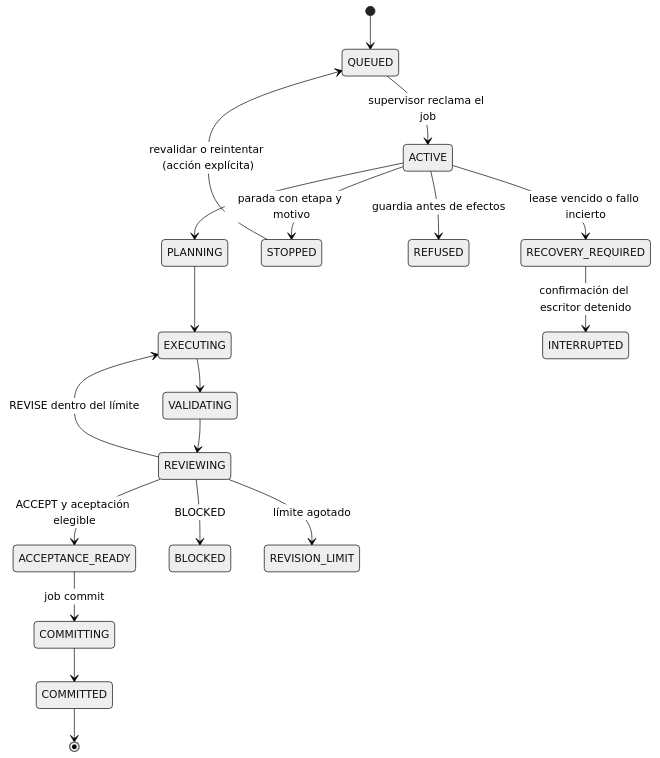
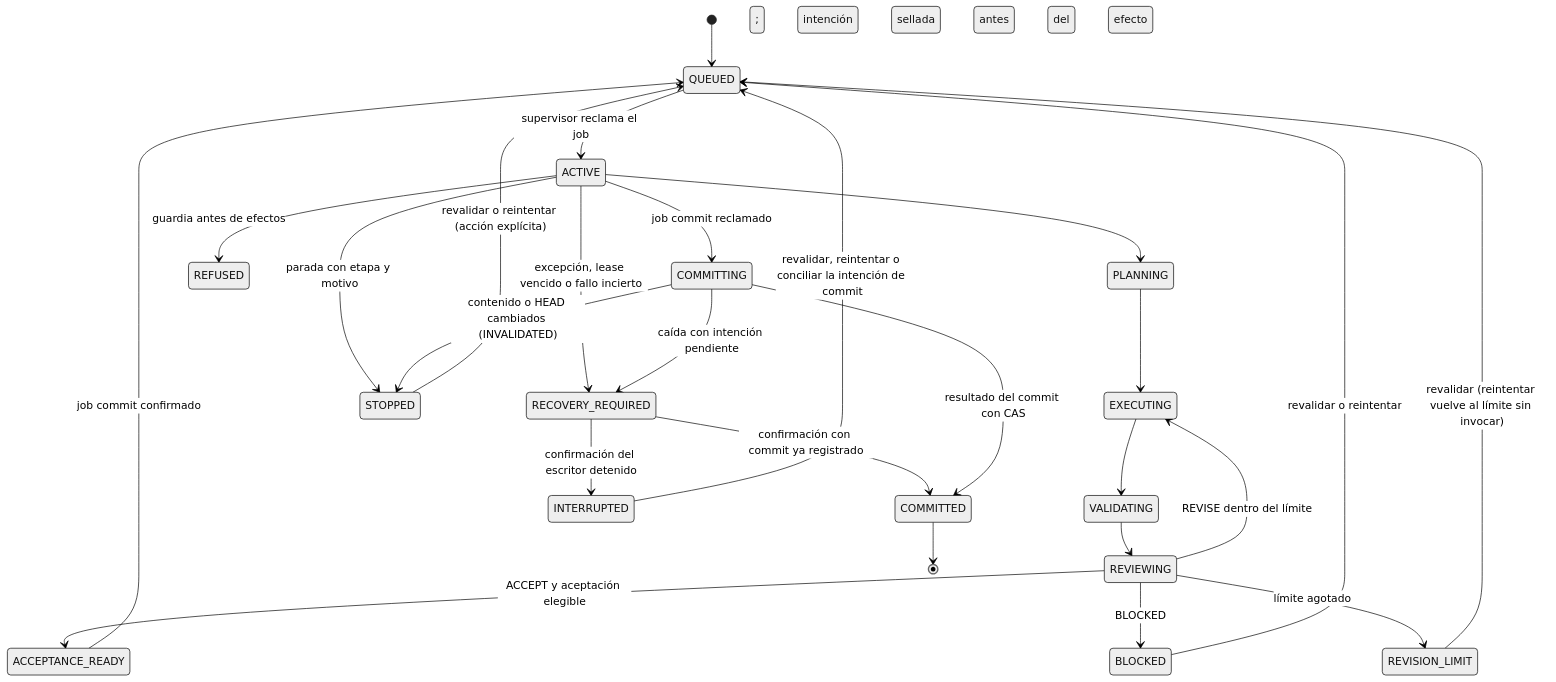
Before and after one commit to AcostaDDev/my-harness-archive: the second of 2 diagrams in docs/flows/task-run.md, drawn with Mermaid (neutral theme). The commit also changed other lines of this file and 23 other files, not shown here.

First line of the commit message:
docs: complete P011-T013 semantic audit of diagrams and flows

````diff
--- a/docs/flows/task-run.md
+++ b/docs/flows/task-run.md
@@ -60,21 +61,28 @@
 ```mermaid
 stateDiagram-v2
     [*] --> QUEUED
     QUEUED --> ACTIVE: supervisor reclama el job
     ACTIVE --> PLANNING
     PLANNING --> EXECUTING
     EXECUTING --> VALIDATING
     VALIDATING --> REVIEWING
     REVIEWING --> EXECUTING: REVISE dentro del límite
     REVIEWING --> ACCEPTANCE_READY: ACCEPT y aceptación elegible
     REVIEWING --> BLOCKED: BLOCKED
     REVIEWING --> REVISION_LIMIT: límite agotado
     ACTIVE --> STOPPED: parada con etapa y motivo
     ACTIVE --> REFUSED: guardia antes de efectos
-    ACTIVE --> RECOVERY_REQUIRED: lease vencido o fallo incierto
+    ACTIVE --> RECOVERY_REQUIRED: excepción, lease vencido o fallo incierto
     RECOVERY_REQUIRED --> INTERRUPTED: confirmación del escritor detenido
+    RECOVERY_REQUIRED --> COMMITTED: confirmación con commit ya registrado
     STOPPED --> QUEUED: revalidar o reintentar (acción explícita)
-    ACCEPTANCE_READY --> COMMITTING: job commit
-    COMMITTING --> COMMITTED
+    BLOCKED --> QUEUED: revalidar o reintentar
+    REVISION_LIMIT --> QUEUED: revalidar (reintentar vuelve al límite sin invocar)
+    INTERRUPTED --> QUEUED: revalidar, reintentar o conciliar la intención de commit
+    ACCEPTANCE_READY --> QUEUED: job commit confirmado
+    ACTIVE --> COMMITTING: job commit reclamado; intención sellada antes del efecto
+    COMMITTING --> COMMITTED: resultado del commit con CAS
+    COMMITTING --> STOPPED: contenido o HEAD cambiados (INVALIDATED)
+    COMMITTING --> RECOVERY_REQUIRED: caída con intención pendiente
     COMMITTED --> [*]
 ```
````
